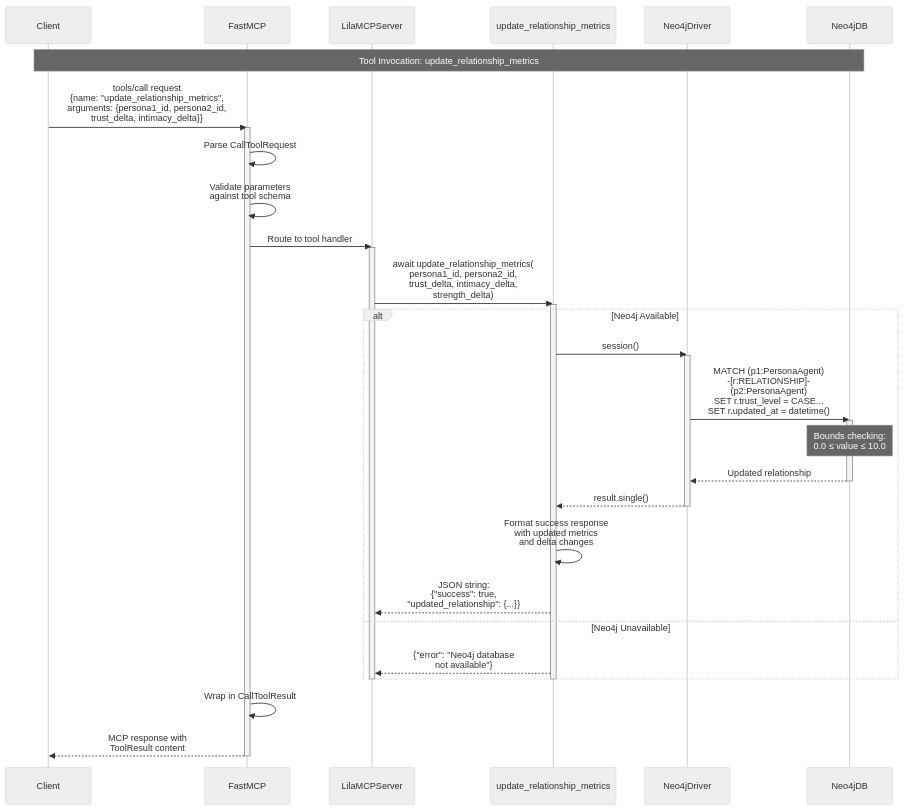
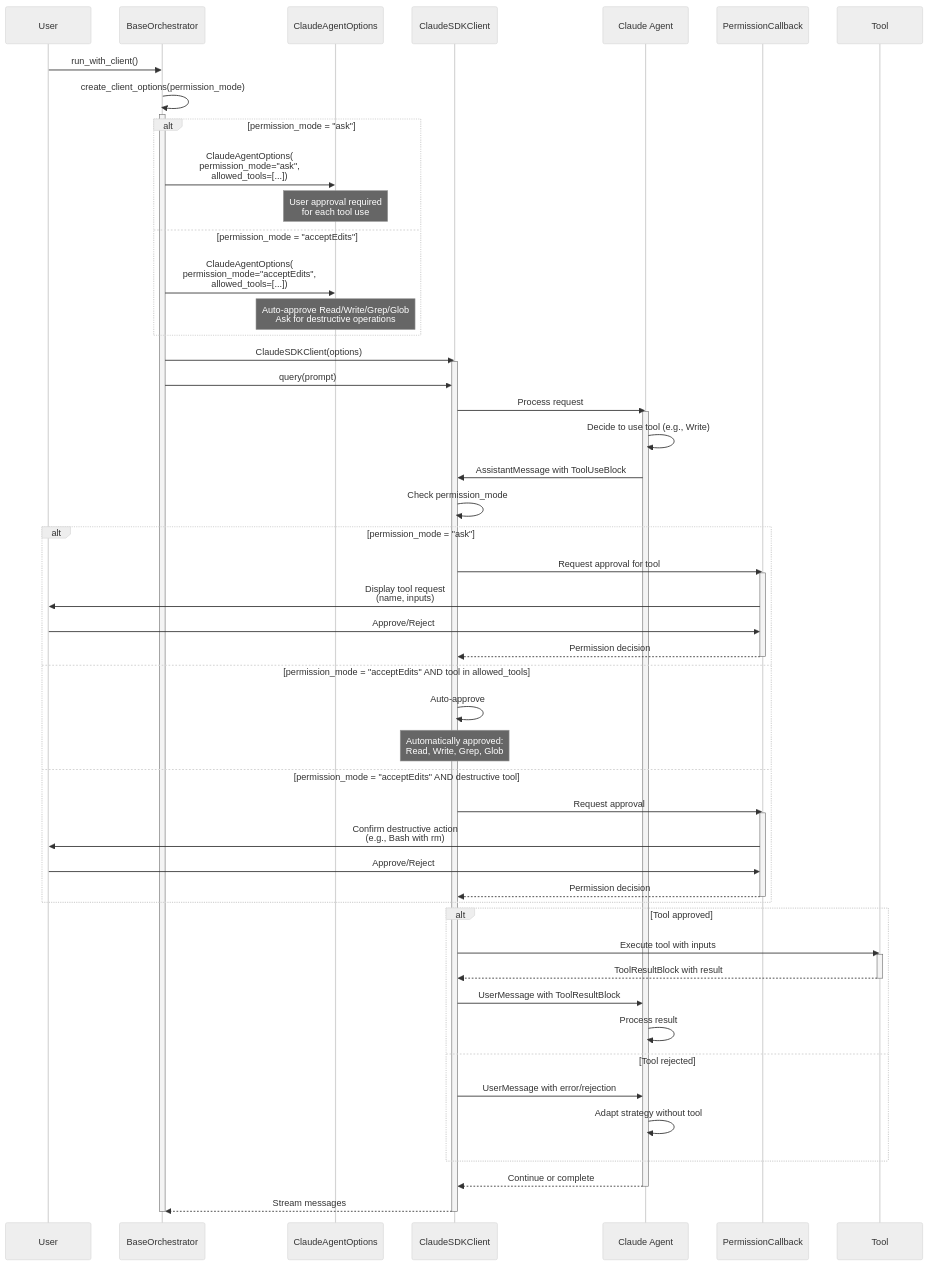
The third of 7 diagrams in repo_analysis/docs/03_data_flows.md (lila-graph/lila-mcp), drawn with Mermaid (neutral theme) before and after one commit. The commit also changed other lines of this file and 10 other files, not shown here.

````diff
--- a/repo_analysis/docs/03_data_flows.md
+++ b/repo_analysis/docs/03_data_flows.md
@@ -133,51 +220,72 @@
 ```mermaid
 sequenceDiagram
-    participant Client
-    participant FastMCP
-    participant Server as LilaMCPServer
-    participant ToolHandler as update_relationship_metrics
-    participant Neo4jDriver
-    participant Neo4jDB
+    participant User
+    participant Orchestrator as BaseOrchestrator
+    participant Options as ClaudeAgentOptions
+    participant Client as ClaudeSDKClient
+    participant Agent as Claude Agent
+    participant PermissionCallback
+    participant Tool
 
-    Note over Client,Neo4jDB: Tool Invocation: update_relationship_metrics
+    User->>Orchestrator: run_with_client()
 
-    Client->>FastMCP: tools/call request<br/>{name: "update_relationship_metrics",<br/> arguments: {persona1_id, persona2_id,<br/> trust_delta, intimacy_delta}}
-    activate FastMCP
+    Orchestrator->>Orchestrator: create_client_options(permission_mode)
+    activate Orchestrator
 
-    FastMCP->>FastMCP: Parse CallToolRequest
-    FastMCP->>FastMCP: Validate parameters<br/>against tool schema
-
-    FastMCP->>Server: Route to tool handler
-    activate Server
-
-    Server->>ToolHandler: await update_relationship_metrics(<br/>persona1_id, persona2_id,<br/>trust_delta, intimacy_delta,<br/>strength_delta)
-    activate ToolHandler
-
-    alt Neo4j Available
-        ToolHandler->>Neo4jDriver: session()
-        activate Neo4jDriver
-
-        Neo4jDriver->>Neo4jDB: MATCH (p1:PersonaAgent)<br/>-[r:RELATIONSHIP]-<br/>(p2:PersonaAgent)<br/>SET r.trust_level = CASE...<br/>SET r.updated_at = datetime()
-        activate Neo4jDB
-        Note over Neo4jDB: Bounds checking:<br/>0.0 ≤ value ≤ 10.0
-        Neo4jDB-->>Neo4jDriver: Updated relationship
-        deactivate Neo4jDB
-
-        Neo4jDriver-->>ToolHandler: result.single()
-        deactivate Neo4jDriver
-
-        ToolHandler->>ToolHandler: Format success response<br/>with updated metrics<br/>and delta changes
-
-        ToolHandler-->>Server: JSON string:<br/>{"success": true,<br/> "updated_relationship": {...}}
-
-    else Neo4j Unavailable
-        ToolHandler-->>Server: {"error": "Neo4j database<br/>not available"}
+    alt permission_mode = "ask"
+        Orchestrator->>Options: ClaudeAgentOptions(<br/>  permission_mode="ask",<br/>  allowed_tools=[...])
+        Note over Options: User approval required<br/>for each tool use
+    else permission_mode = "acceptEdits"
+        Orchestrator->>Options: ClaudeAgentOptions(<br/>  permission_mode="acceptEdits",<br/>  allowed_tools=[...])
+        Note over Options: Auto-approve Read/Write/Grep/Glob<br/>Ask for destructive operations
     end
 
-    deactivate ToolHandler
-    deactivate Server
+    Orchestrator->>Client: ClaudeSDKClient(options)
+    activate Client
 
-    FastMCP->>FastMCP: Wrap in CallToolResult
-    FastMCP-->>Client: MCP response with<br/>ToolResult content
-    deactivate FastMCP
+    Orchestrator->>Client: query(prompt)
+    Client->>Agent: Process request
+    activate Agent
+
+    Agent->>Agent: Decide to use tool (e.g., Write)
+    Agent->>Client: AssistantMessage with ToolUseBlock
+
+    Client->>Client: Check permission_mode
+
+    alt permission_mode = "ask"
+        Client->>PermissionCallback: Request approval for tool
+        activate PermissionCallback
+        PermissionCallback->>User: Display tool request<br/>(name, inputs)
+        User->>PermissionCallback: Approve/Reject
+        PermissionCallback-->>Client: Permission decision
+        deactivate PermissionCallback
+    else permission_mode = "acceptEdits" AND tool in allowed_tools
+        Client->>Client: Auto-approve
+        Note over Client: Automatically approved:<br/>Read, Write, Grep, Glob
+    else permission_mode = "acceptEdits" AND destructive tool
+        Client->>PermissionCallback: Request approval
+        activate PermissionCallback
+        PermissionCallback->>User: Confirm destructive action<br/>(e.g., Bash with rm)
+        User->>PermissionCallback: Approve/Reject
+        PermissionCallback-->>Client: Permission decision
+        deactivate PermissionCallback
+    end
+
+    alt Tool approved
+        Client->>Tool: Execute tool with inputs
+        activate Tool
+        Tool-->>Client: ToolResultBlock with result
+        deactivate Tool
+        Client->>Agent: UserMessage with ToolResultBlock
+        Agent->>Agent: Process result
+    else Tool rejected
+        Client->>Agent: UserMessage with error/rejection
+        Agent->>Agent: Adapt strategy without tool
+    end
+
+    Agent-->>Client: Continue or complete
+    deactivate Agent
+    Client-->>Orchestrator: Stream messages
+    deactivate Client
+    deactivate Orchestrator
 ```
````
